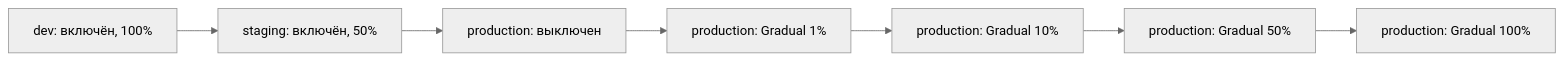
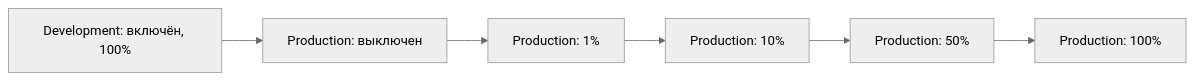
One commit to edgar-dev20/mozhno changed the second of 2 diagrams in docs/concepts/environments.md. Above: the diagram before and after it, drawn with Mermaid (neutral theme). The commit also changed other lines of this file and 33 other files, not shown here.

Commit message:
docs: rewrite getting-started, fix env model, mermaid latin labels, table header brand styling, SDK+arch corrections

````diff
--- a/docs/concepts/environments.md
+++ b/docs/concepts/environments.md
@@ -101,9 +98,8 @@
 ```mermaid
 graph LR
-    DEV[dev: включён, 100%] --> STG[staging: включён, 50%]
-    STG --> PRD1[production: выключен]
-    PRD1 --> PRD2[production: Gradual 1%]
-    PRD2 --> PRD3[production: Gradual 10%]
-    PRD3 --> PRD4[production: Gradual 50%]
-    PRD4 --> PRD5[production: Gradual 100%]
+    DEV[Development: включён, 100%] --> PRD1[Production: выключен]
+    PRD1 --> PRD2[Production: 1%]
+    PRD2 --> PRD3[Production: 10%]
+    PRD3 --> PRD4[Production: 50%]
+    PRD4 --> PRD5[Production: 100%]
 ```
````
